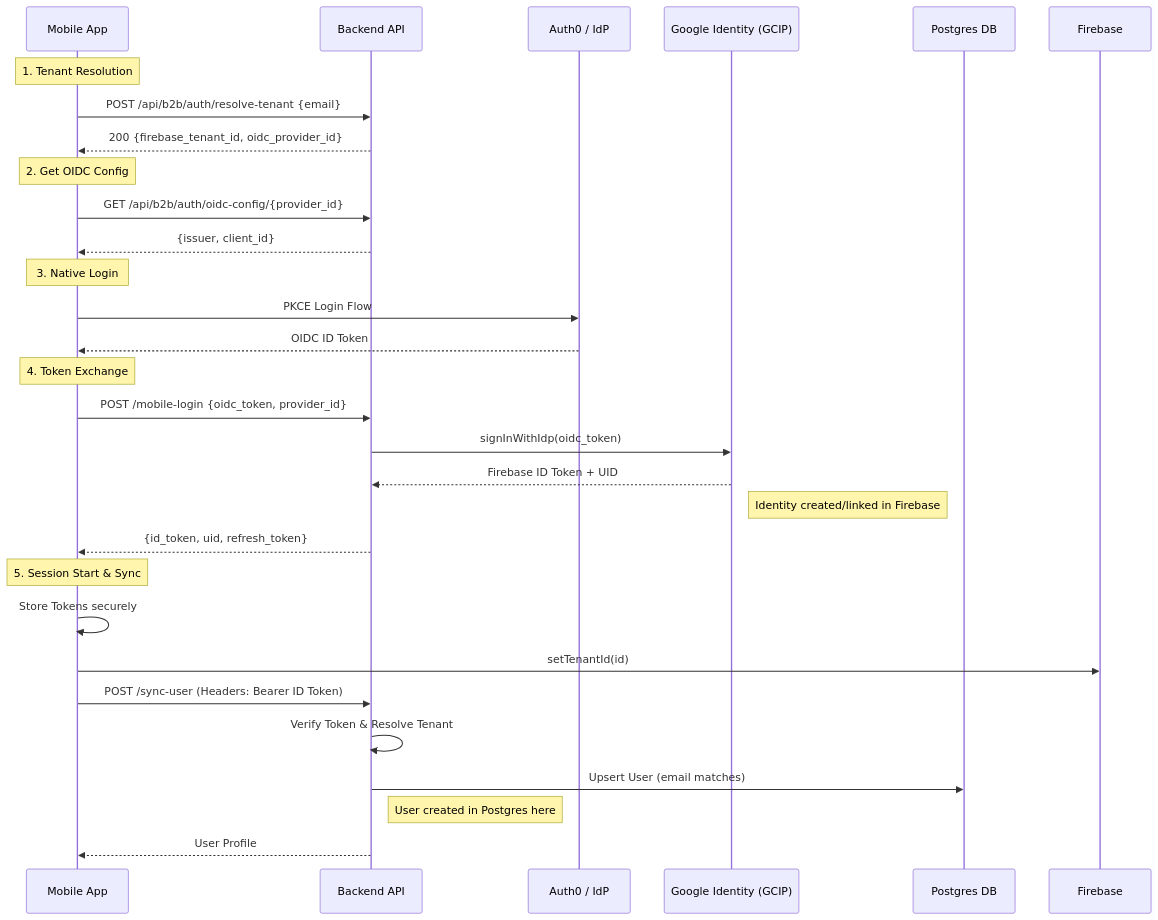
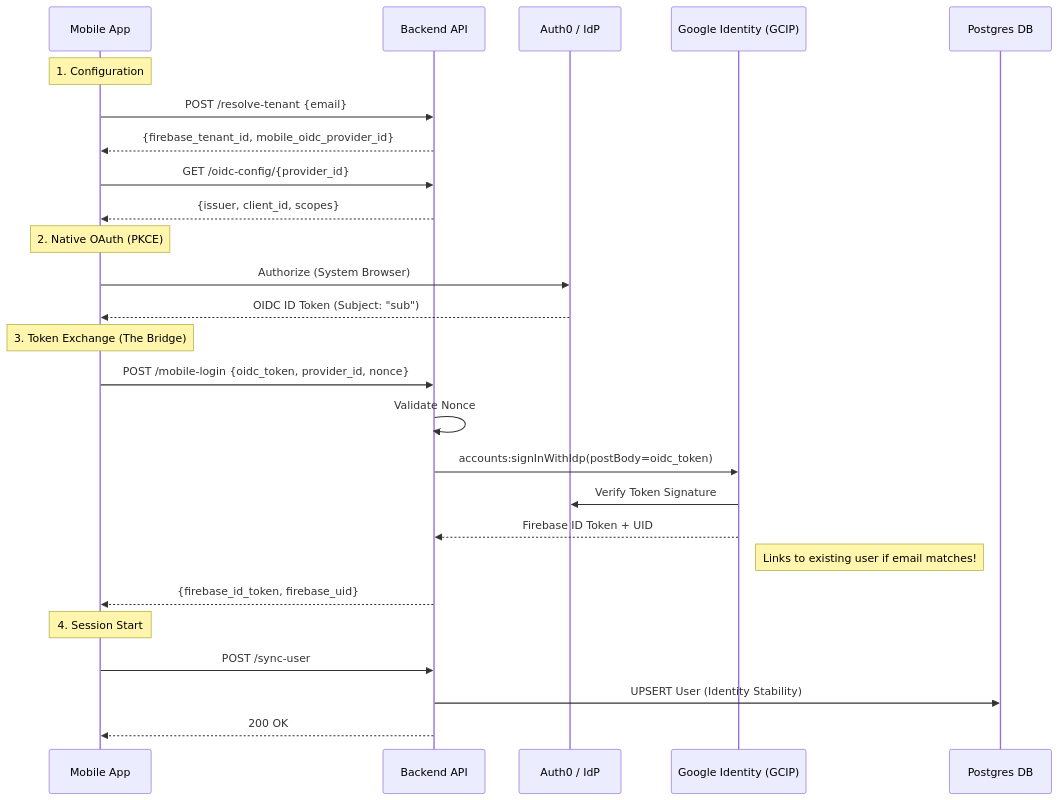
The third of 4 diagrams in docs/architecture/authentication.md (nkumar15/communication-analysis), drawn with Mermaid before and after one commit. The commit also changed other lines of this file and 1 other file, not shown here.

Commit message:
docs: Simplify tenant onboarding and member invitation flows with high-level descriptions, and refine authentication architecture diagrams and core principles.

````diff
--- a/docs/architecture/authentication.md
+++ b/docs/architecture/authentication.md
@@ -100,36 +87,34 @@
 ```mermaid
 sequenceDiagram
     participant App as Mobile App
     participant BE as Backend API
     participant Auth0 as Auth0 / IdP
-    participant Google as Google Identity (GCIP)
+    participant GCIP as Google Identity (GCIP)
     participant DB as Postgres DB
 
-    Note over App: 1. Tenant Resolution
-    App->>BE: POST /api/b2b/auth/resolve-tenant {email}
-    BE-->>App: 200 {firebase_tenant_id, oidc_provider_id}
+    Note over App: 1. Configuration
+    App->>BE: POST /resolve-tenant {email}
+    BE-->>App: {firebase_tenant_id, mobile_oidc_provider_id}
+    
+    App->>BE: GET /oidc-config/{provider_id}
+    BE-->>App: {issuer, client_id, scopes}
+    
+    Note over App: 2. Native OAuth (PKCE)
+    App->>Auth0: Authorize (System Browser)
+    Auth0-->>App: OIDC ID Token (Subject: "sub")
 
-    Note over App: 2. Get OIDC Config
-    App->>BE: GET /api/b2b/auth/oidc-config/{provider_id}
-    BE-->>App: {issuer, client_id}
+    Note over App: 3. Token Exchange (The Bridge)
+    App->>BE: POST /mobile-login {oidc_token, provider_id, nonce}
+    BE->>BE: Validate Nonce
+    BE->>GCIP: accounts:signInWithIdp(postBody=oidc_token)
+    GCIP->>Auth0: Verify Token Signature
+    GCIP-->>BE: Firebase ID Token + UID
+    Note right of GCIP: Links to existing user if email matches!
+    
+    BE-->>App: {firebase_id_token, firebase_uid}
 
-    Note over App: 3. Native Login
-    App->>Auth0: PKCE Login Flow
-    Auth0-->>App: OIDC ID Token
-
-    Note over App: 4. Token Exchange
-    App->>BE: POST /mobile-login {oidc_token, provider_id}
-    BE->>Google: signInWithIdp(oidc_token)
-    Google-->>BE: Firebase ID Token + UID
-    Note right of Google: Identity created/linked in Firebase
-    BE-->>App: {id_token, uid, refresh_token}
-
-    Note over App: 5. Session Start & Sync
-    App->>App: Store Tokens securely
-    App->>Firebase: setTenantId(id)
-    App->>BE: POST /sync-user (Headers: Bearer ID Token)
-    BE->>BE: Verify Token & Resolve Tenant
-    BE->>DB: Upsert User (email matches)
-    Note right of BE: User created in Postgres here
-    BE-->>App: User Profile
+    Note over App: 4. Session Start
+    App->>BE: POST /sync-user
+    BE->>DB: UPSERT User (Identity Stability)
+    BE-->>App: 200 OK
 ```
````
